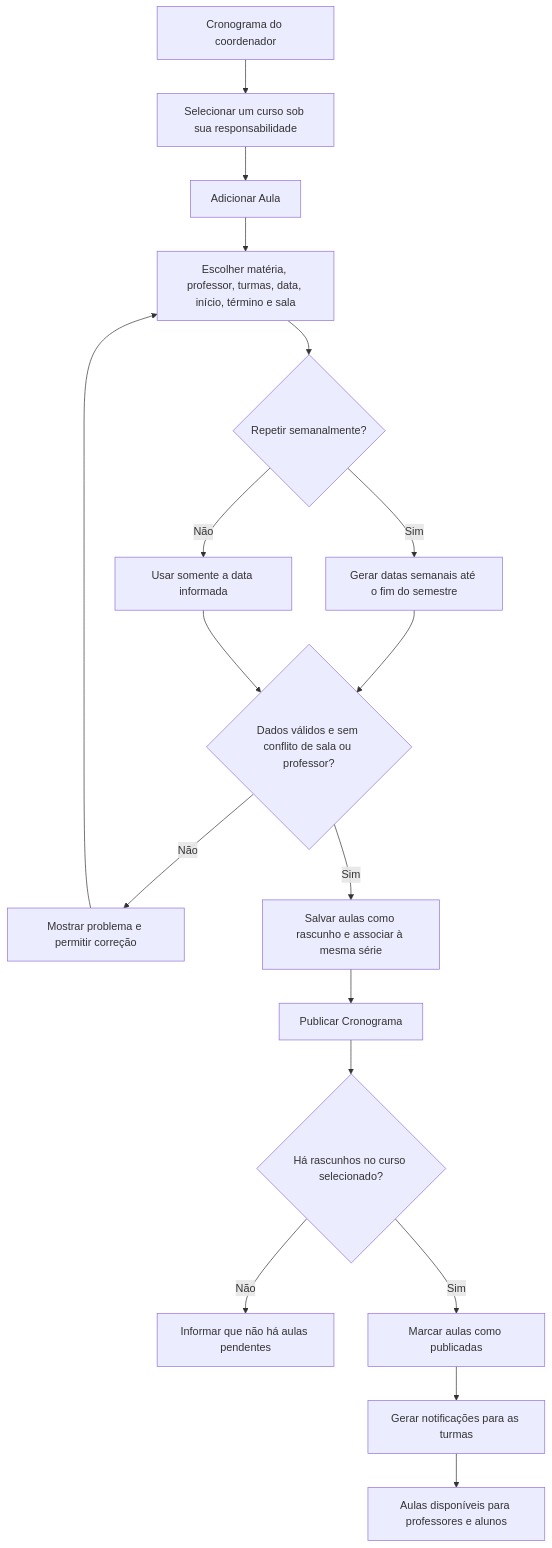
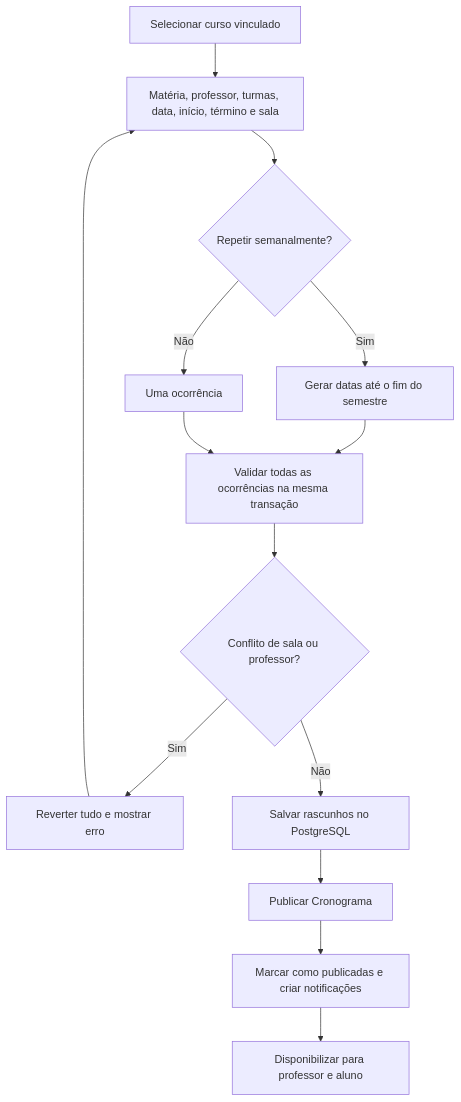
One commit to Jade46-prog/projeto-integrado-II-III changed the fourth of 7 diagrams in docs/FLUXOGRAMAS.md. Above: the diagram before and after it, drawn with Mermaid. The commit also changed other lines of this file and 109 other files, not shown here.

Commit message:
Migra projeto principal para React TypeScript e Spring Data JPA

````diff
--- a/docs/FLUXOGRAMAS.md
+++ b/docs/FLUXOGRAMAS.md
@@ -90,20 +72,16 @@
 ```mermaid
 flowchart TD
-    Inicio["Cronograma do coordenador"] --> Curso["Selecionar um curso sob sua responsabilidade"]
-    Curso --> Adicionar["Adicionar Aula"]
-    Adicionar --> Dados["Escolher matéria, professor, turmas, data, início, término e sala"]
+    Curso["Selecionar curso vinculado"] --> Dados["Matéria, professor, turmas, data, início, término e sala"]
     Dados --> Repetir{"Repetir semanalmente?"}
-    Repetir -->|Sim| Serie["Gerar datas semanais até o fim do semestre"]
-    Repetir -->|Não| Unica["Usar somente a data informada"]
-    Serie --> Validar{"Dados válidos e sem conflito de sala ou professor?"}
+    Repetir -->|Sim| Serie["Gerar datas até o fim do semestre"]
+    Repetir -->|Não| Unica["Uma ocorrência"]
+    Serie --> Validar["Validar todas as ocorrências na mesma transação"]
     Unica --> Validar
-    Validar -->|Não| Erro["Mostrar problema e permitir correção"]
+    Validar --> Conflito{"Conflito de sala ou professor?"}
+    Conflito -->|Sim| Erro["Reverter tudo e mostrar erro"]
     Erro --> Dados
-    Validar -->|Sim| Rascunho["Salvar aulas como rascunho e associar à mesma série"]
-    Rascunho --> Publicar["Publicar Cronograma"]
-    Publicar --> Pendentes{"Há rascunhos no curso selecionado?"}
-    Pendentes -->|Não| Aviso["Informar que não há aulas pendentes"]
-    Pendentes -->|Sim| Publicado["Marcar aulas como publicadas"]
-    Publicado --> Notificar["Gerar notificações para as turmas"]
-    Notificar --> Consultar["Aulas disponíveis para professores e alunos"]
+    Conflito -->|Não| Salvar["Salvar rascunhos no PostgreSQL"]
+    Salvar --> Publicar["Publicar Cronograma"]
+    Publicar --> Avisar["Marcar como publicadas e criar notificações"]
+    Avisar --> Consulta["Disponibilizar para professor e aluno"]
 ```
````
